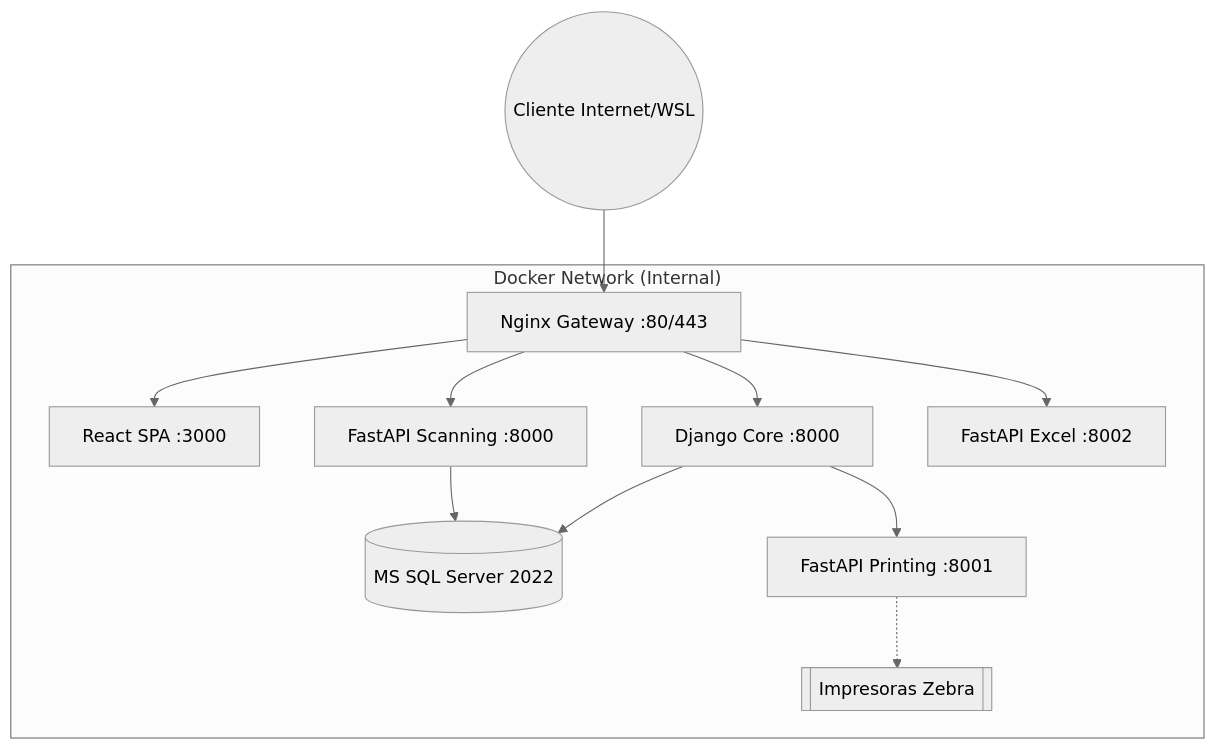
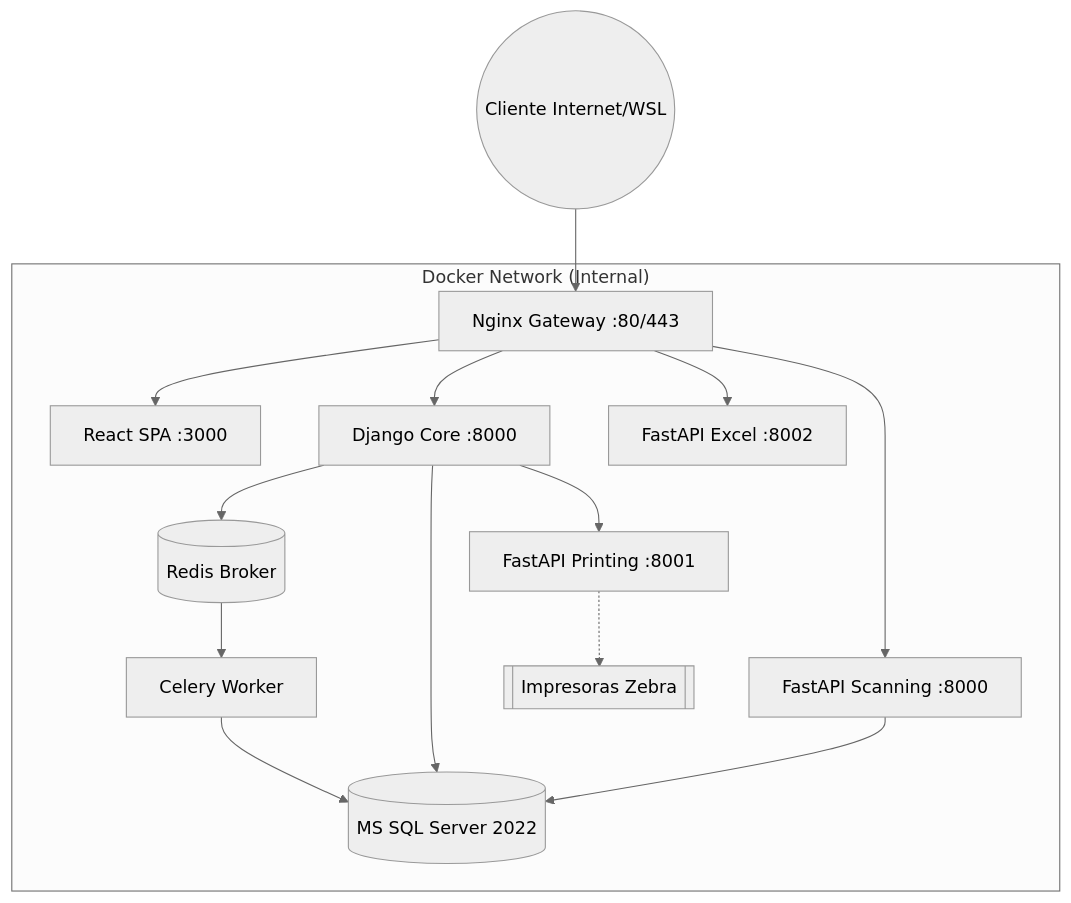
Before and after one commit to DevBrandonArellano/TexCore: the first of 6 diagrams in documentation/arquitectura_y_desarrollo.md, drawn with Mermaid (neutral theme). The commit also changed other lines of this file and 46 other files, not shown here.

````diff
--- a/documentation/arquitectura_y_desarrollo.md
+++ b/documentation/arquitectura_y_desarrollo.md
@@ -12,18 +12,22 @@
 ```mermaid
 graph TD
     Client((Cliente Internet/WSL)) --> Nginx[Nginx Gateway :80/443]
     
     subgraph "Docker Network (Internal)"
         Nginx --> Frontend[React SPA :3000]
         Nginx --> Backend[Django Core :8000]
         Nginx --> Scanning[FastAPI Scanning :8000]
         Nginx --> Excel[FastAPI Excel :8002]
         
+        Backend --> Redis[(Redis Broker)]
+        Redis --> Celery[Celery Worker]
+        Celery --> SQL
+        
         Backend --> SQL[(MS SQL Server 2022)]
         Scanning --> SQL
         
         Backend --> Printing[FastAPI Printing :8001]
         
         Printing -.-> Zebra[[Impresoras Zebra]]
     end
 ```
````
